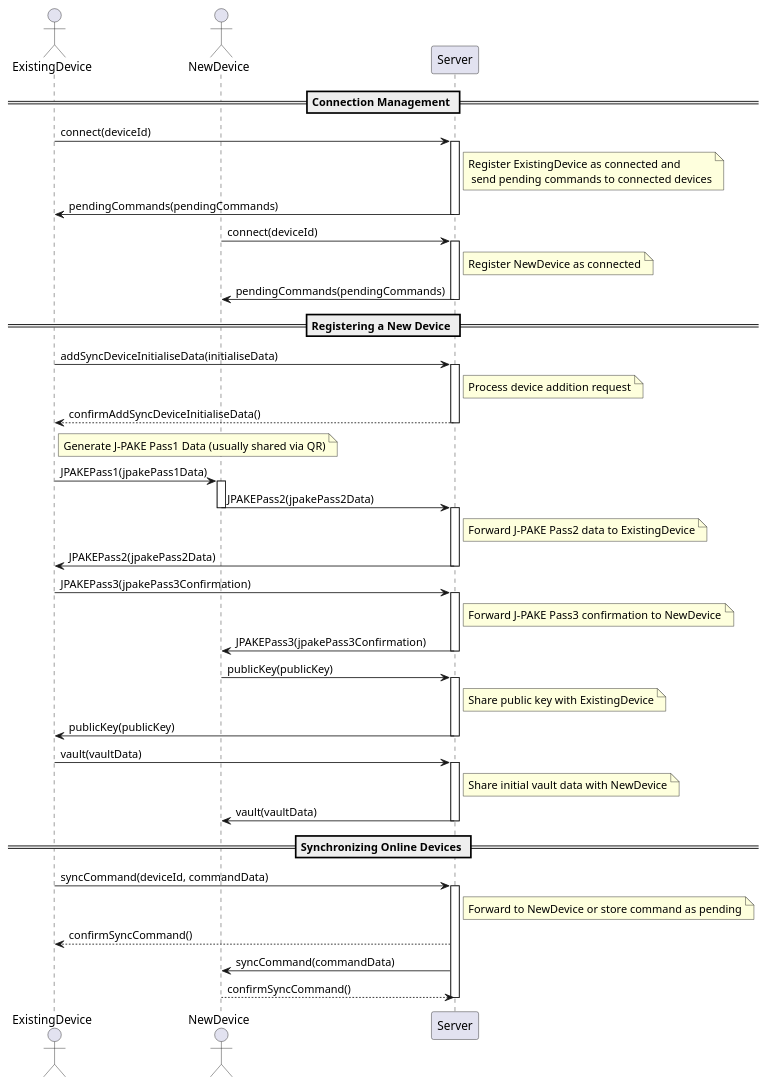
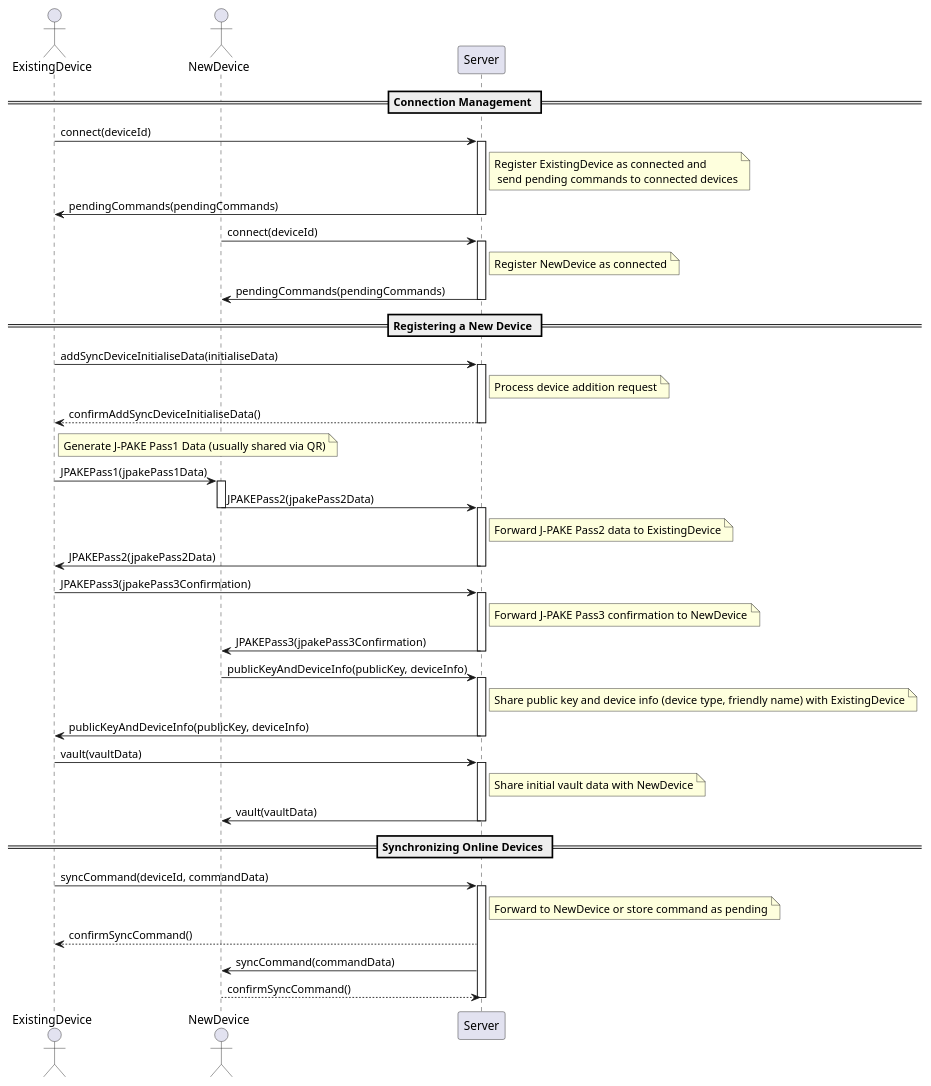
Before and after one commit to Boelensman1/2fa: the diagram in packages/server/SyncSequenceDiagram.plantuml, drawn with PlantUML. The commit also changed 3 other files, not shown here.

Commit message:
Add setFriendlyName and listDevices commands to favacli

```diff
--- a/packages/server/SyncSequenceDiagram.plantuml
+++ b/packages/server/SyncSequenceDiagram.plantuml
@@ -1,68 +1,68 @@
 @startuml
 actor ExistingDevice
 actor NewDevice
 participant Server
 
 == Connection Management ==
 
 ExistingDevice -> Server: connect(deviceId)
 activate Server
 note right of Server: Register ExistingDevice as connected and\n send pending commands to connected devices
 Server -> ExistingDevice: pendingCommands(pendingCommands)
 deactivate Server
 
 NewDevice -> Server: connect(deviceId)
 activate Server
 note right of Server: Register NewDevice as connected
 Server -> NewDevice: pendingCommands(pendingCommands)
 deactivate Server
 
 == Registering a New Device ==
 
 ExistingDevice -> Server: addSyncDeviceInitialiseData(initialiseData)
 activate Server
 note right of Server: Process device addition request
 Server --> ExistingDevice: confirmAddSyncDeviceInitialiseData()
 deactivate Server
 
 note right of ExistingDevice: Generate J-PAKE Pass1 Data (usually shared via QR)
 
 
 ExistingDevice -> NewDevice: JPAKEPass1(jpakePass1Data)
 activate NewDevice
 NewDevice -> Server: JPAKEPass2(jpakePass2Data)
 deactivate NewDevice
 activate Server
 note right of Server: Forward J-PAKE Pass2 data to ExistingDevice
 Server -> ExistingDevice: JPAKEPass2(jpakePass2Data)
 deactivate Server
 
 ExistingDevice -> Server: JPAKEPass3(jpakePass3Confirmation)
 activate Server
 note right of Server: Forward J-PAKE Pass3 confirmation to NewDevice
 Server -> NewDevice: JPAKEPass3(jpakePass3Confirmation)
 deactivate Server
 
-NewDevice -> Server: publicKey(publicKey)
+NewDevice -> Server: publicKeyAndDeviceInfo(publicKey, deviceInfo)
 activate Server
-note right of Server: Share public key with ExistingDevice
-Server -> ExistingDevice: publicKey(publicKey)
+note right of Server: Share public key and device info (device type, friendly name) with ExistingDevice
+Server -> ExistingDevice: publicKeyAndDeviceInfo(publicKey, deviceInfo)
 deactivate Server
 
 ExistingDevice -> Server: vault(vaultData)
 activate Server
 note right of Server: Share initial vault data with NewDevice
 Server -> NewDevice: vault(vaultData)
 deactivate Server
 
 == Synchronizing Online Devices ==
 
 ExistingDevice -> Server: syncCommand(deviceId, commandData)
 activate Server
 note right of Server: Forward to NewDevice or store command as pending
 Server --> ExistingDevice: confirmSyncCommand()
 Server -> NewDevice: syncCommand(commandData)
 NewDevice --> Server: confirmSyncCommand()
 deactivate Server
 
 @enduml
```
